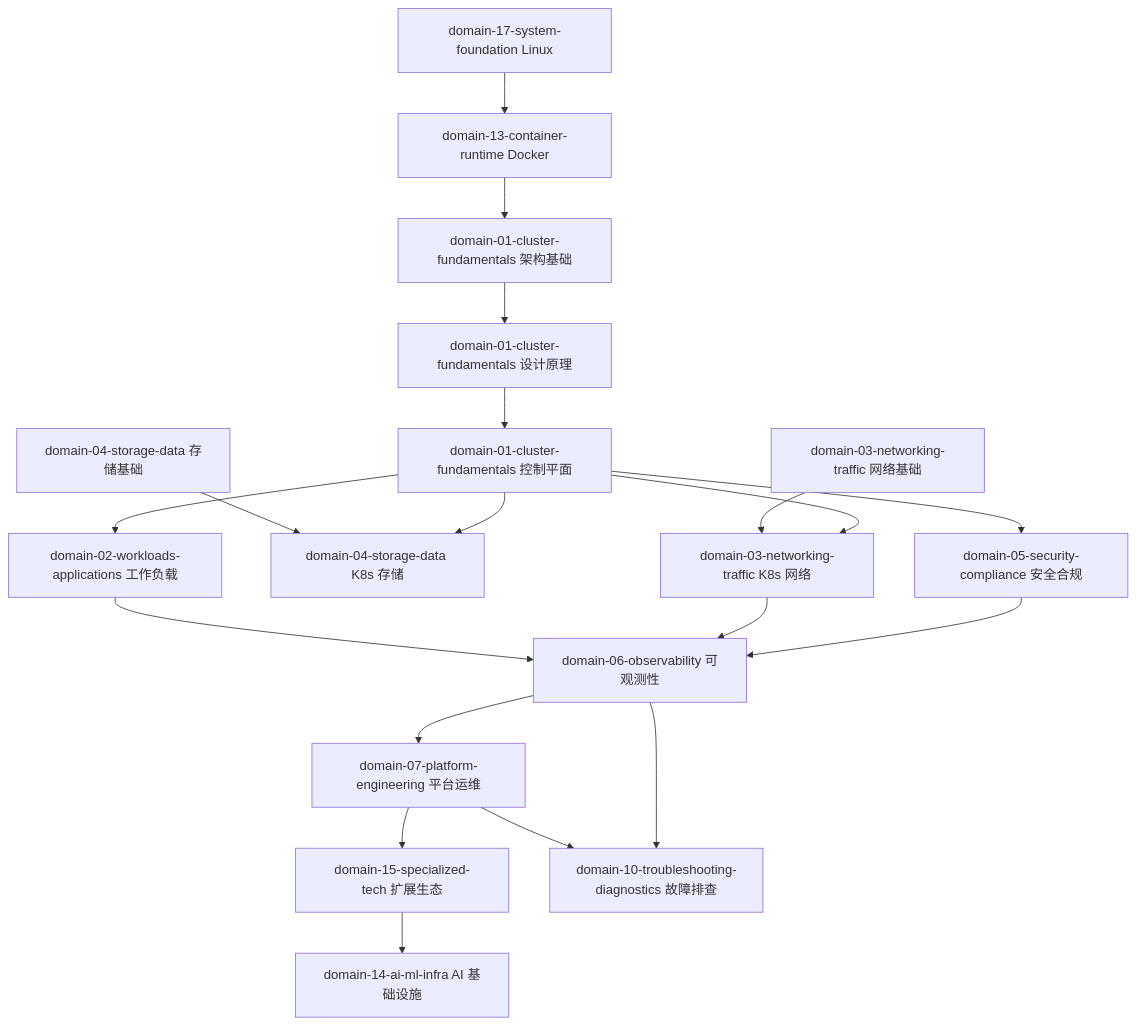
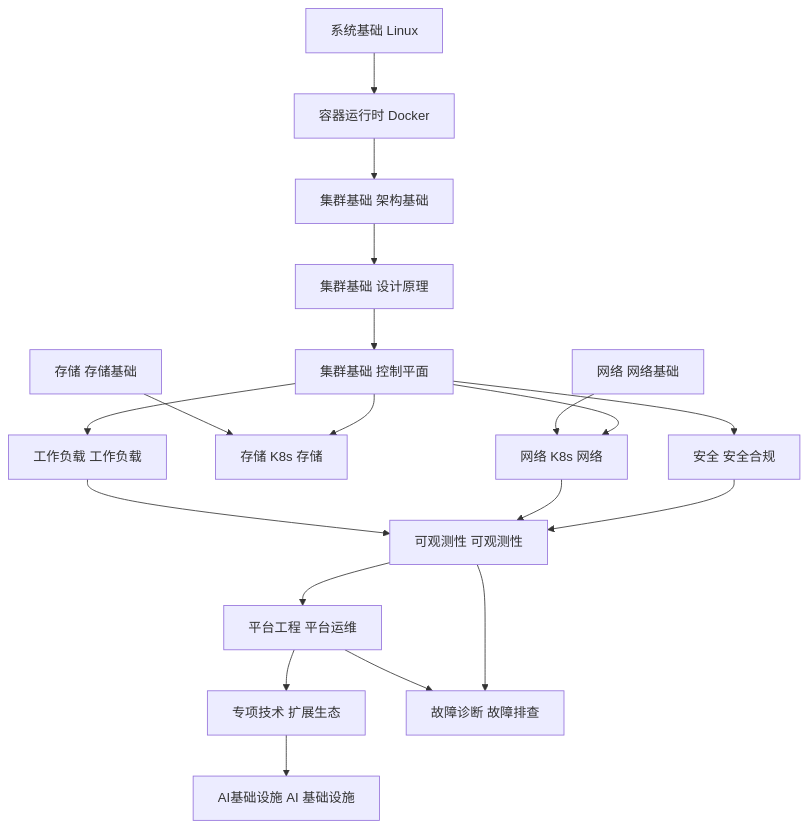
The first of 3 diagrams in _meta/metadata/knowledge-map.md (kudig-io/kudig-database), drawn with Mermaid before and after one commit. The commit also changed other lines of this file and 7916 other files, not shown here.

````diff
--- a/_meta/metadata/knowledge-map.md
+++ b/_meta/metadata/knowledge-map.md
@@ -46,27 +46,27 @@
 ```mermaid
 graph TD
-    LINUX[domain-17-system-foundation Linux] --> DOCKER[domain-13-container-runtime Docker]
-    NET_FUND[domain-03-networking-traffic 网络基础] --> K8S_NET[domain-03-networking-traffic K8s 网络]
-    STORE_FUND[domain-04-storage-data 存储基础] --> K8S_STORE[domain-04-storage-data K8s 存储]
+    LINUX[系统基础 Linux] --> DOCKER[容器运行时 Docker]
+    NET_FUND[网络 网络基础] --> K8S_NET[网络 K8s 网络]
+    STORE_FUND[存储 存储基础] --> K8S_STORE[存储 K8s 存储]
     
-    DOCKER --> ARCH[domain-01-cluster-fundamentals 架构基础]
-    ARCH --> DESIGN[domain-01-cluster-fundamentals 设计原理]
-    DESIGN --> CTRL[domain-01-cluster-fundamentals 控制平面]
+    DOCKER --> ARCH[集群基础 架构基础]
+    ARCH --> DESIGN[集群基础 设计原理]
+    DESIGN --> CTRL[集群基础 控制平面]
     
-    CTRL --> WORKLOAD[domain-02-workloads-applications 工作负载]
+    CTRL --> WORKLOAD[工作负载 工作负载]
     CTRL --> K8S_NET
     CTRL --> K8S_STORE
-    CTRL --> SEC[domain-05-security-compliance 安全合规]
+    CTRL --> SEC[安全 安全合规]
     
-    WORKLOAD --> OBS[domain-06-observability 可观测性]
+    WORKLOAD --> OBS[可观测性 可观测性]
     K8S_NET --> OBS
     SEC --> OBS
     
-    OBS --> PLAT[domain-07-platform-engineering 平台运维]
-    PLAT --> EXT[domain-15-specialized-tech 扩展生态]
+    OBS --> PLAT[平台工程 平台运维]
+    PLAT --> EXT[专项技术 扩展生态]
     
-    PLAT --> TS[domain-10-troubleshooting-diagnostics 故障排查]
+    PLAT --> TS[故障诊断 故障排查]
     OBS --> TS
     
-    EXT --> AI[domain-14-ai-ml-infra AI 基础设施]
+    EXT --> AI[AI基础设施 AI 基础设施]
 ```
````
